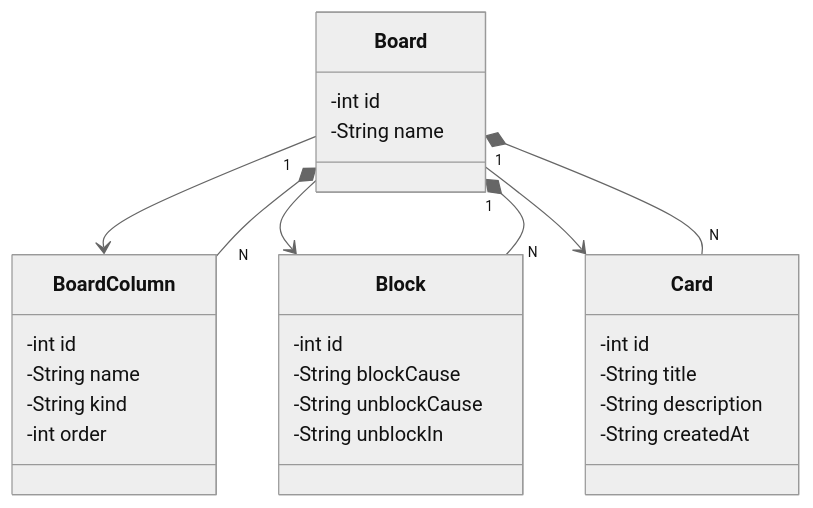
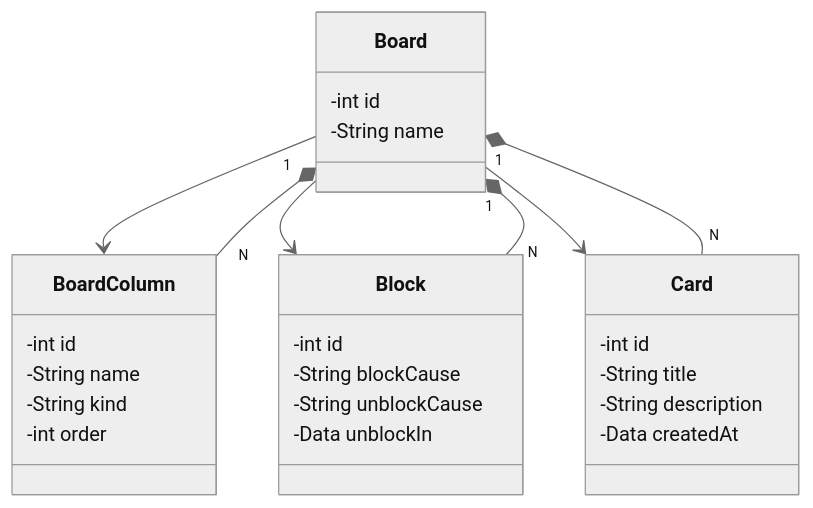
The diagram in README.md (scaglia-aylla1/Board), drawn with Mermaid (neutral theme) before and after one commit.

````diff
--- a/README.md
+++ b/README.md
@@ -4,37 +4,37 @@
 ```mermaid
 classDiagram
     class Board {
         -int id
         -String name
     }
 
     class BoardColumn {
         -int id
         -String name
         -String kind
         -int order
     }
 
     class Block {
         -int id
         -String blockCause
         -String unblockCause
-        -String unblockIn
+        -Data unblockIn
     }
 
     class Card {
         -int id
         -String title
         -String description
-        -String createdAt
+        -Data createdAt
     }
 
     Board --> BoardColumn
     Board --> Block
     Board --> Card
 
 
     Board "1"*--"N" BoardColumn
     Board "1"*--"N" Card
     Board "1"*--"N" Block    
 ```
````
